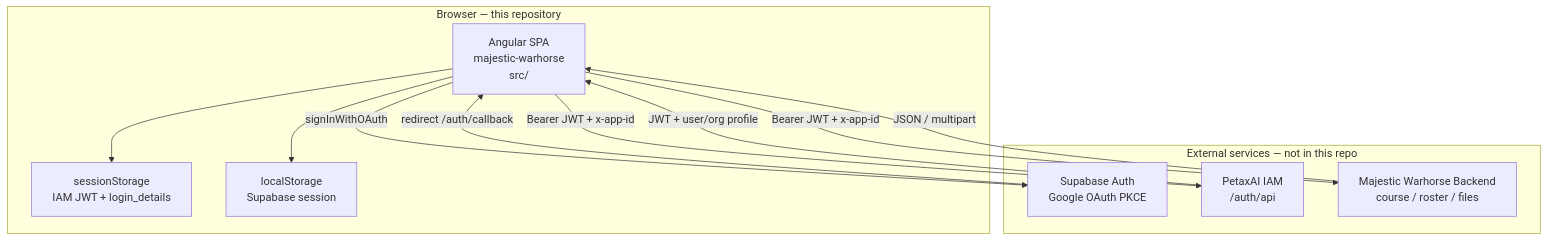
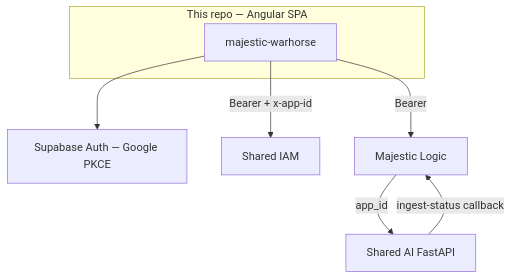
The second of 2 diagrams in docs/DOCUMENTATION-INDEX.md (Jose-SN/majestic-warhorse), drawn with Mermaid before and after one commit. The commit also changed other lines of this file and 26 other files, not shown here.

````diff
--- a/docs/DOCUMENTATION-INDEX.md
+++ b/docs/DOCUMENTATION-INDEX.md
@@ -74,23 +137,15 @@
 ```mermaid
 flowchart TB
-  subgraph Browser["Browser — this repository"]
-    SPA["Angular SPA\nmajestic-warhorse\nsrc/"]
-    SS["sessionStorage\nIAM JWT + login_details"]
-    LS["localStorage\nSupabase session"]
-    SPA --> SS
-    SPA --> LS
+  subgraph Browser["This repo — Angular SPA"]
+    SPA[majestic-warhorse]
   end
-
-  subgraph External["External services — not in this repo"]
-    SB["Supabase Auth\nGoogle OAuth PKCE"]
-    IAM["PetaxAI IAM\n/auth/api"]
-    MW["Majestic Warhorse Backend\ncourse / roster / files"]
-  end
-
-  SPA -->|"signInWithOAuth"| SB
-  SPA -->|"Bearer JWT + x-app-id"| IAM
-  SPA -->|"Bearer JWT + x-app-id"| MW
-  SB -->|"redirect /auth/callback"| SPA
-  IAM -->|"JWT + user/org profile"| SPA
-  MW -->|"JSON / multipart"| SPA
+  SB[Supabase Auth — Google PKCE]
+  IAM[Shared IAM]
+  Logic[Majestic Logic]
+  AI[Shared AI FastAPI]
+  SPA --> SB
+  SPA -->|"Bearer + x-app-id"| IAM
+  SPA -->|"Bearer"| Logic
+  Logic -->|"app_id"| AI
+  AI -->|"ingest-status callback"| Logic
 ```
````
